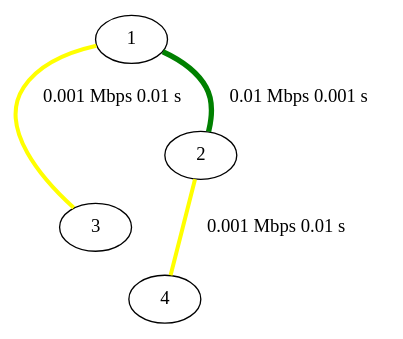
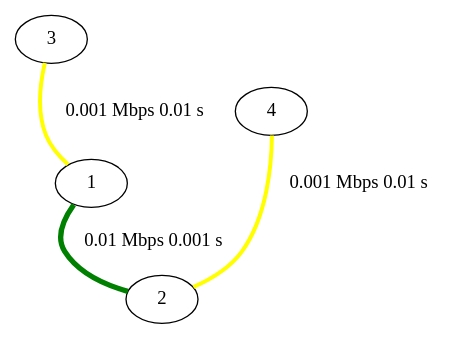
The diagram in network.gv (nonononoka/ntSimulator), drawn with Graphviz before and after one commit. The commit also changed other lines of this file and 3 other files, not shown here.

```diff
--- a/network.gv
+++ b/network.gv
@@ -1,30 +1,30 @@
 strict graph {
 
+
+	"3" [  weight=0 ];
+
+	"3" -- "1" [ color="yellow", label="0.001 Mbps 0.01 s
+", penwidth="3.00",  weight=0 ];
+
+	"4" [  weight=0 ];
+
+	"4" -- "2" [ color="yellow", label="0.001 Mbps 0.01 s
+", penwidth="3.00",  weight=0 ];
 
 	"1" [  weight=0 ];
 
 	"1" -- "3" [ color="yellow", label="0.001 Mbps 0.01 s
 ", penwidth="3.00",  weight=0 ];
 
 	"1" -- "2" [ color="green", label="0.01 Mbps 0.001 s
 ", penwidth="4.00",  weight=0 ];
 
 	"2" [  weight=0 ];
 
 	"2" -- "1" [ color="green", label="0.01 Mbps 0.001 s
 ", penwidth="4.00",  weight=0 ];
 
 	"2" -- "4" [ color="yellow", label="0.001 Mbps 0.01 s
 ", penwidth="3.00",  weight=0 ];
 
-	"3" [  weight=0 ];
-
-	"3" -- "1" [ color="yellow", label="0.001 Mbps 0.01 s
-", penwidth="3.00",  weight=0 ];
-
-	"4" [  weight=0 ];
-
-	"4" -- "2" [ color="yellow", label="0.001 Mbps 0.01 s
-", penwidth="3.00",  weight=0 ];
-
 }
```
